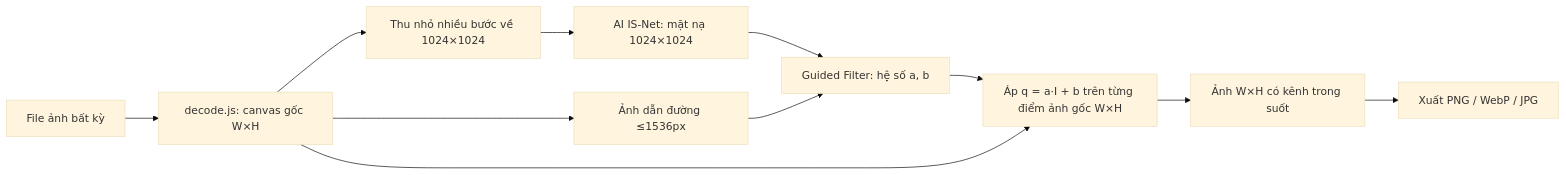
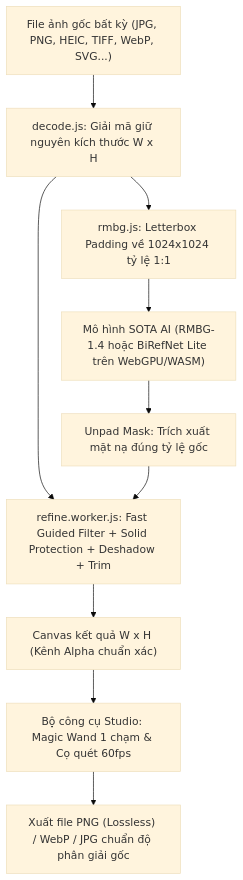
The diagram in README.md (wwm100107-creator/xoa-phong-nen), drawn with Mermaid (base theme) before and after one commit. The commit also changed other lines of this file and 6 other files, not shown here.

Commit message:
feat: UyCut AI 3.0 - Letterbox 1:1, BiRefNet Lite, Solid Subject Protection, Smart Deshadow, Edge Trim, and Magic Wand 1-click eraser

````diff
--- a/README.md
+++ b/README.md
@@ -40,13 +34,12 @@
 ```mermaid
-flowchart LR
-  A["File ảnh bất kỳ"] --> B["decode.js: canvas gốc W×H"]
-  B --> C["Thu nhỏ nhiều bước về 1024×1024"]
-  C --> D["AI IS-Net: mặt nạ 1024×1024"]
-  B --> E["Ảnh dẫn đường ≤1536px"]
-  D --> F["Guided Filter: hệ số a, b"]
-  E --> F
-  F --> G["Áp q = a·I + b trên từng điểm ảnh gốc W×H"]
-  B --> G
-  G --> H["Ảnh W×H có kênh trong suốt"]
-  H --> I["Xuất PNG / WebP / JPG"]
+flowchart TD
+    A["File ảnh gốc bất kỳ (JPG, PNG, HEIC, TIFF, WebP, SVG...)"] --> B["decode.js: Giải mã giữ nguyên kích thước W x H"]
+    B --> C["rmbg.js: Letterbox Padding về 1024x1024 tỷ lệ 1:1"]
+    C --> D["Mô hình SOTA AI (RMBG-1.4 hoặc BiRefNet Lite trên WebGPU/WASM)"]
+    D --> E["Unpad Mask: Trích xuất mặt nạ đúng tỷ lệ gốc"]
+    B --> F["refine.worker.js: Fast Guided Filter + Solid Protection + Deshadow + Trim"]
+    E --> F
+    F --> G["Canvas kết quả W x H (Kênh Alpha chuẩn xác)"]
+    G --> H["Bộ công cụ Studio: Magic Wand 1 chạm & Cọ quét 60fps"]
+    H --> I["Xuất file PNG (Lossless) / WebP / JPG chuẩn độ phân giải gốc"]
 ```
````
